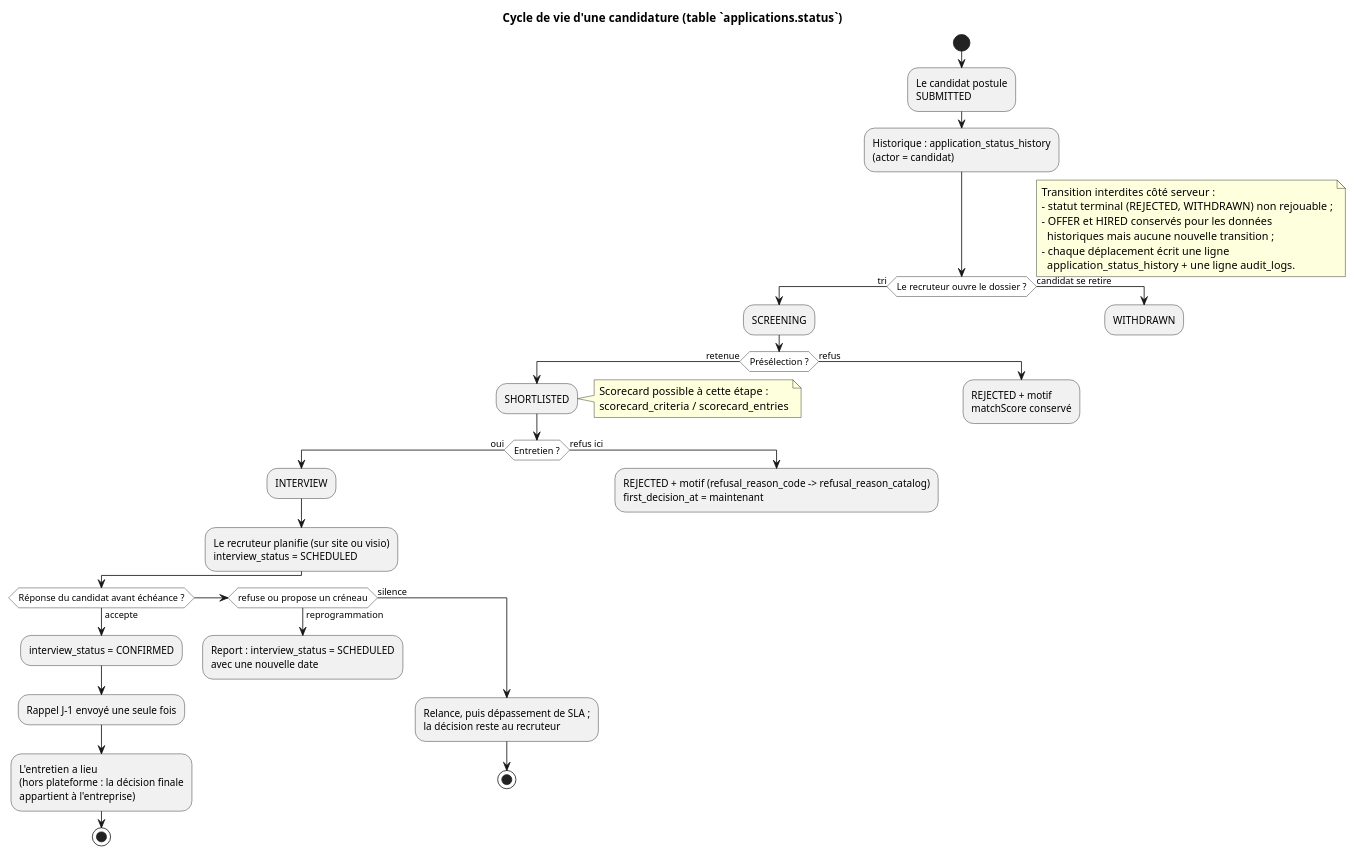
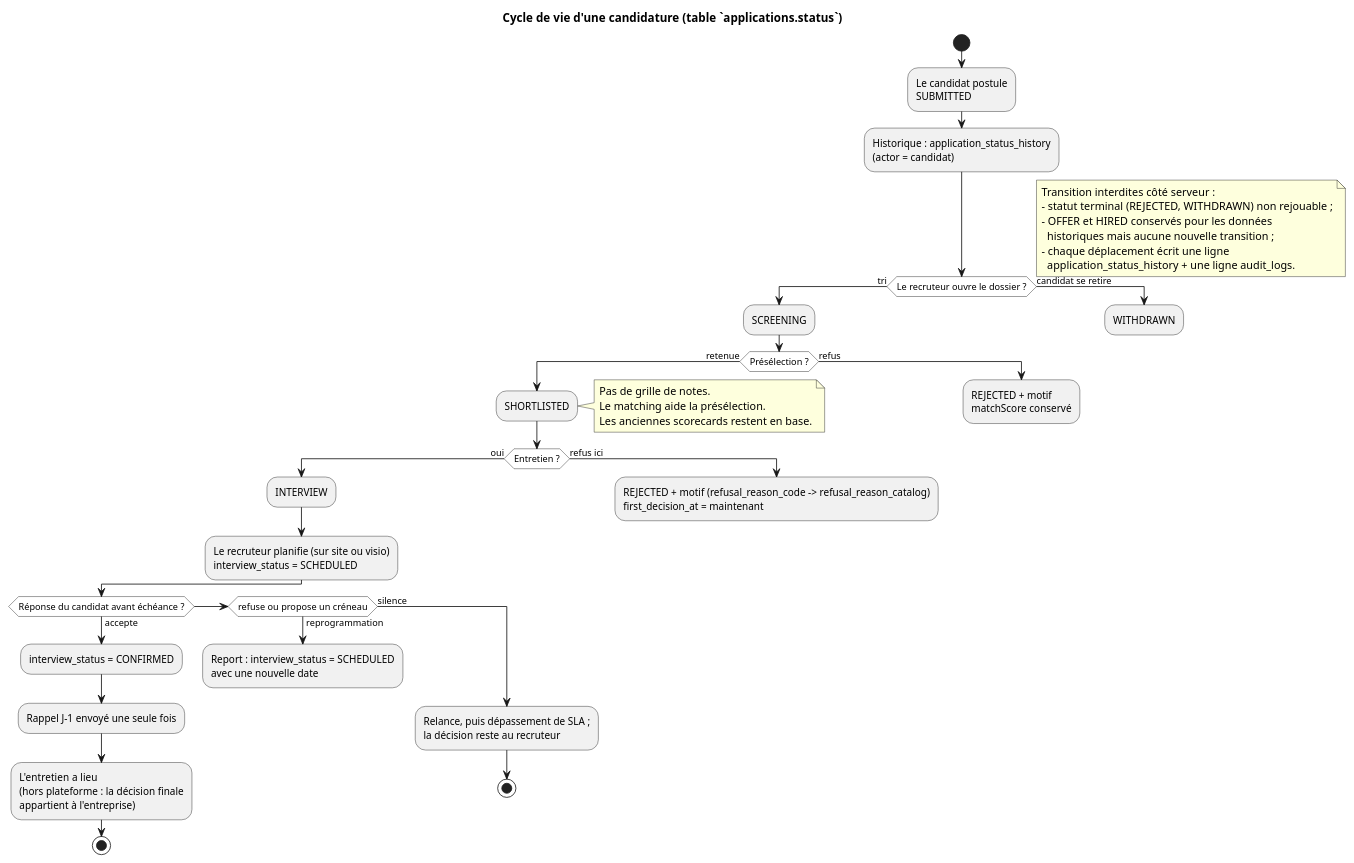
One commit to anadouae/HireLink changed the diagram in docs/diagrammes/v5/06_activite_pipeline.puml. Above: the diagram before and after it, drawn with PlantUML. The commit also changed 53 other files, not shown here.

First line of the commit message:
Aligne le parcours actif sur les roles conserves et le matching reel.

```diff
--- a/docs/diagrammes/v5/06_activite_pipeline.puml
+++ b/docs/diagrammes/v5/06_activite_pipeline.puml
@@ -1,51 +1,52 @@
 @startuml activite_pipeline_v5
 skinparam ActivityDiamondBackgroundColor #FFFFFF
 title Cycle de vie d'une candidature (table `applications.status`)
 
 start
 :Le candidat postule\nSUBMITTED;
 :Historique : application_status_history\n(actor = candidat);
 if (Le recruteur ouvre le dossier ?) then (tri)
   :SCREENING;
   if (Présélection ?) then (retenue)
     :SHORTLISTED;
     note right
-      Scorecard possible à cette étape :
-      scorecard_criteria / scorecard_entries
+      Pas de grille de notes.
+      Le matching aide la présélection.
+      Les anciennes scorecards restent en base.
     end note
     if (Entretien ?) then (oui)
       :INTERVIEW;
       :Le recruteur planifie (sur site ou visio)\ninterview_status = SCHEDULED;
       if (Réponse du candidat avant échéance ?) then (accepte)
         :interview_status = CONFIRMED;
         :Rappel J-1 envoyé une seule fois;
         :L'entretien a lieu\n(hors plateforme : la décision finale\nappartient à l'entreprise);
         stop
       elseif (refuse ou propose un créneau) then (reprogrammation)
         :Report : interview_status = SCHEDULED\navec une nouvelle date;
         detach
       else (silence)
         :Relance, puis dépassement de SLA ;\nla décision reste au recruteur;
         stop
       endif
     else (refus ici)
       :REJECTED + motif (refusal_reason_code -> refusal_reason_catalog)\nfirst_decision_at = maintenant;
       detach
     endif
   else (refus)
     :REJECTED + motif\nmatchScore conservé;
     detach
   endif
 else (candidat se retire)
   :WITHDRAWN;
   detach
 endif
 note right
   Transition interdites côté serveur :
   - statut terminal (REJECTED, WITHDRAWN) non rejouable ;
   - OFFER et HIRED conservés pour les données
     historiques mais aucune nouvelle transition ;
   - chaque déplacement écrit une ligne
     application_status_history + une ligne audit_logs.
 end note
 @enduml
```
